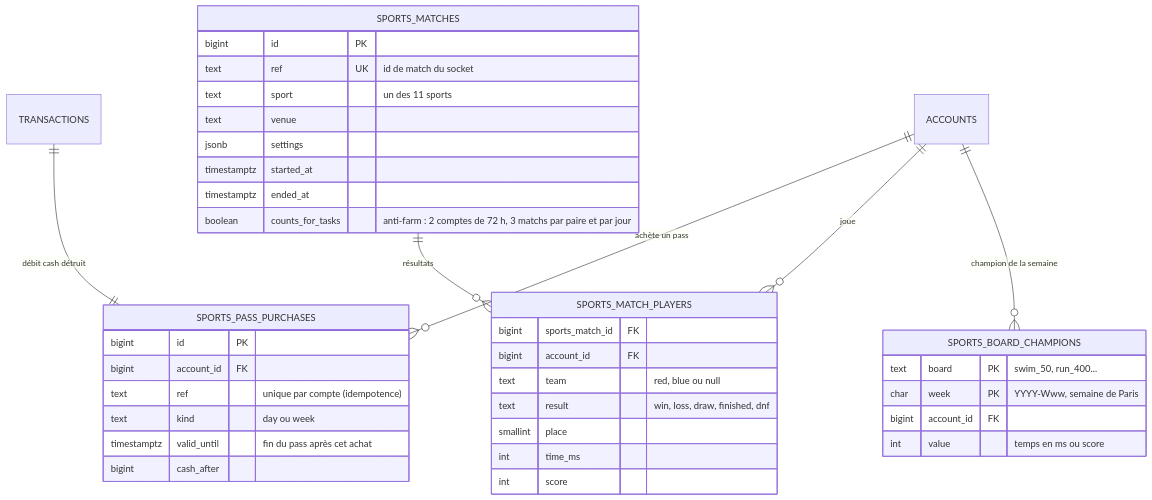
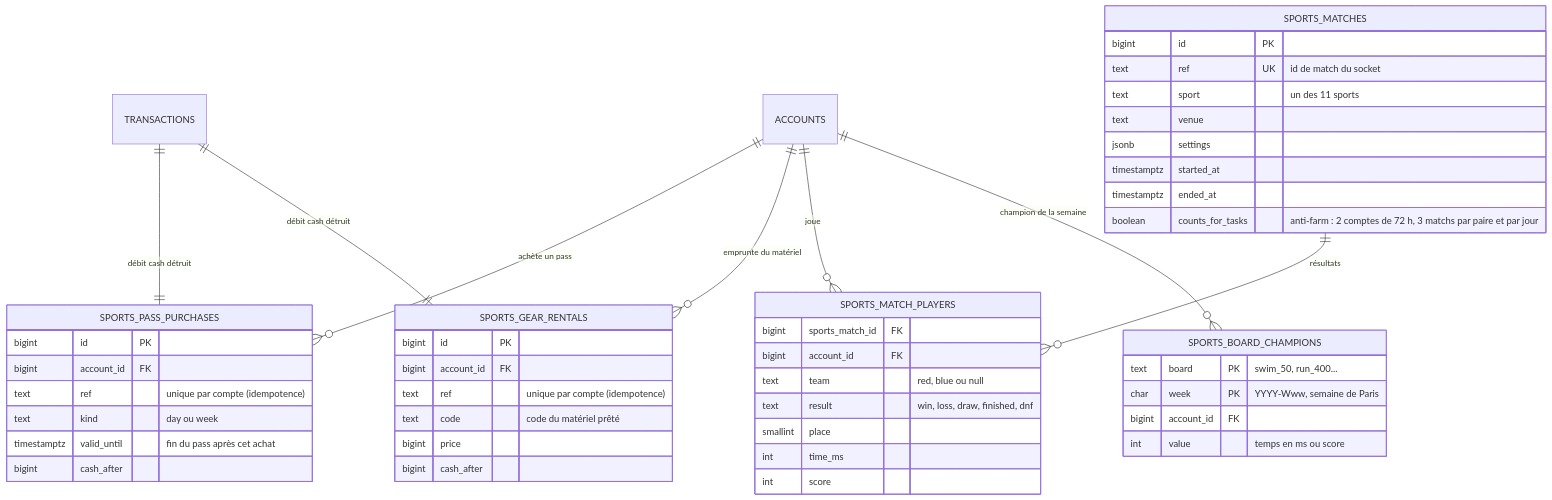
The fifth of 10 diagrams in docs/DATA_MODEL.md (Elfspectrals/CampusCove), drawn with Mermaid before and after one commit. The commit also changed 23 other files, not shown here.

First line of the commit message:
feat(sports): gear lent for a fee at each venue

````diff
--- a/docs/DATA_MODEL.md
+++ b/docs/DATA_MODEL.md
@@ -236,42 +236,52 @@
 ```mermaid
 erDiagram
     ACCOUNTS ||--o{ SPORTS_PASS_PURCHASES : "achète un pass"
     TRANSACTIONS ||--|| SPORTS_PASS_PURCHASES : "débit cash détruit"
+    ACCOUNTS ||--o{ SPORTS_GEAR_RENTALS : "emprunte du matériel"
+    TRANSACTIONS ||--|| SPORTS_GEAR_RENTALS : "débit cash détruit"
     SPORTS_MATCHES ||--o{ SPORTS_MATCH_PLAYERS : "résultats"
     ACCOUNTS ||--o{ SPORTS_MATCH_PLAYERS : joue
     ACCOUNTS ||--o{ SPORTS_BOARD_CHAMPIONS : "champion de la semaine"
 
     SPORTS_PASS_PURCHASES {
         bigint id PK
         bigint account_id FK
         text ref "unique par compte (idempotence)"
         text kind "day ou week"
         timestamptz valid_until "fin du pass après cet achat"
+        bigint cash_after
+    }
+    SPORTS_GEAR_RENTALS {
+        bigint id PK
+        bigint account_id FK
+        text ref "unique par compte (idempotence)"
+        text code "code du matériel prêté"
+        bigint price
         bigint cash_after
     }
     SPORTS_MATCHES {
         bigint id PK
         text ref UK "id de match du socket"
         text sport "un des 11 sports"
         text venue
         jsonb settings
         timestamptz started_at
         timestamptz ended_at
         boolean counts_for_tasks "anti-farm : 2 comptes de 72 h, 3 matchs par paire et par jour"
     }
     SPORTS_BOARD_CHAMPIONS {
         text board PK "swim_50, run_400..."
         char week PK "YYYY-Www, semaine de Paris"
         bigint account_id FK
         int value "temps en ms ou score"
     }
     SPORTS_MATCH_PLAYERS {
         bigint sports_match_id FK
         bigint account_id FK
         text team "red, blue ou null"
         text result "win, loss, draw, finished, dnf"
         smallint place
         int time_ms
         int score
     }
 ```
````
